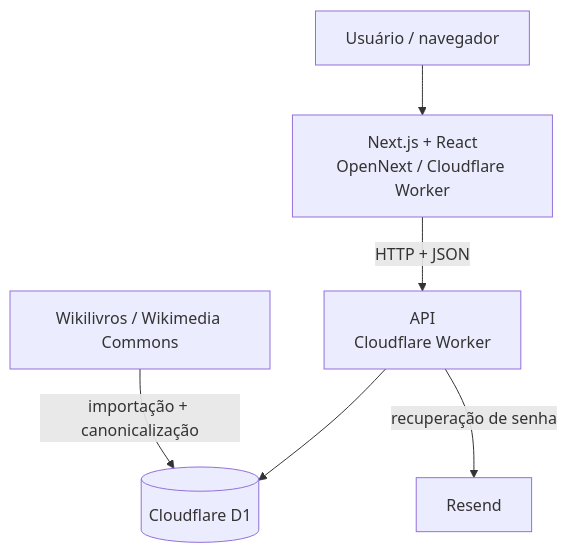
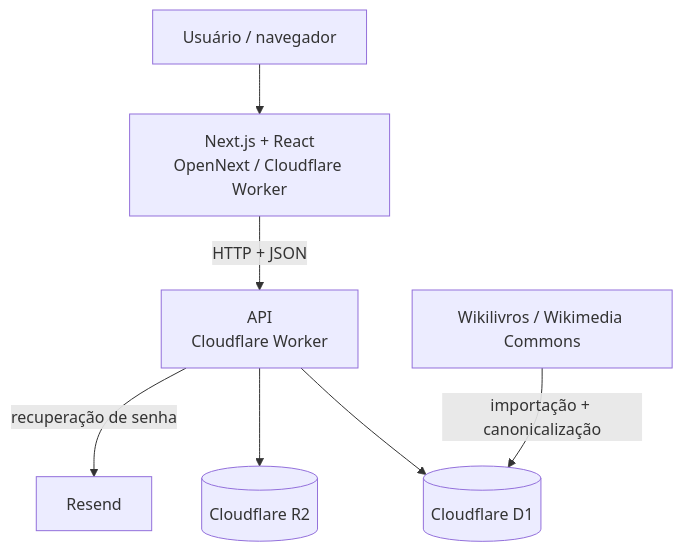
The first of 3 diagrams in docs/architecture.md (pitado/receitando), drawn with Mermaid before and after one commit. The commit also changed other lines of this file and 9 other files, not shown here.

````diff
--- a/docs/architecture.md
+++ b/docs/architecture.md
@@ -7,15 +7,17 @@
 ```mermaid
 flowchart TB
     U[Usuário / navegador]
     F[Next.js + React<br/>OpenNext / Cloudflare Worker]
     A[API<br/>Cloudflare Worker]
     D[(Cloudflare D1)]
+    R[(Cloudflare R2)]
     E[Resend]
     W[Wikilivros / Wikimedia Commons]
 
     U --> F
     F -->|HTTP + JSON| A
     A --> D
+    A --> R
     A -->|recuperação de senha| E
     W -->|importação + canonicalização| D
 ```
````
